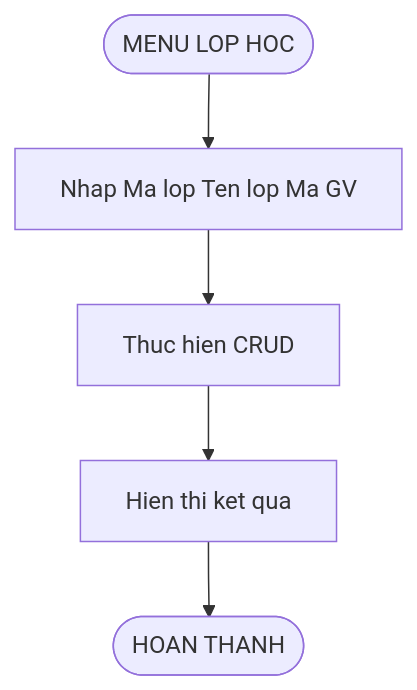
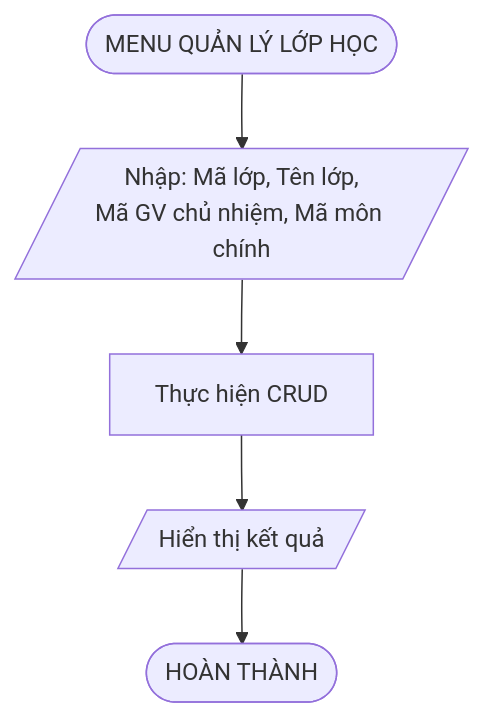
Diagram 13 of 20 in docs/Flowcharts/Flowcharts.md (phucphuc2006/pro-192), drawn with Mermaid before and after one commit. The commit also changed other lines of this file, not shown here.

Commit message:
Restore original Mermaid flowcharts

````diff
--- a/docs/Flowcharts/Flowcharts.md
+++ b/docs/Flowcharts/Flowcharts.md
@@ -205,7 +234,7 @@
 ```mermaid
 flowchart TD
-    A(["MENU LOP HOC"]) --> B["Nhap Ma lop Ten lop Ma GV"]
-    B --> C["Thuc hien CRUD"]
-    C --> D["Hien thi ket qua"]
-    D --> E(["HOAN THANH"])
+    A([MENU QUẢN LÝ LỚP HỌC]) --> B[/Nhập: Mã lớp, Tên lớp,<br/>Mã GV chủ nhiệm, Mã môn chính/]
+    B --> C[Thực hiện CRUD]
+    C --> D[/Hiển thị kết quả/]
+    D --> E([HOÀN THÀNH])
 ```
````
